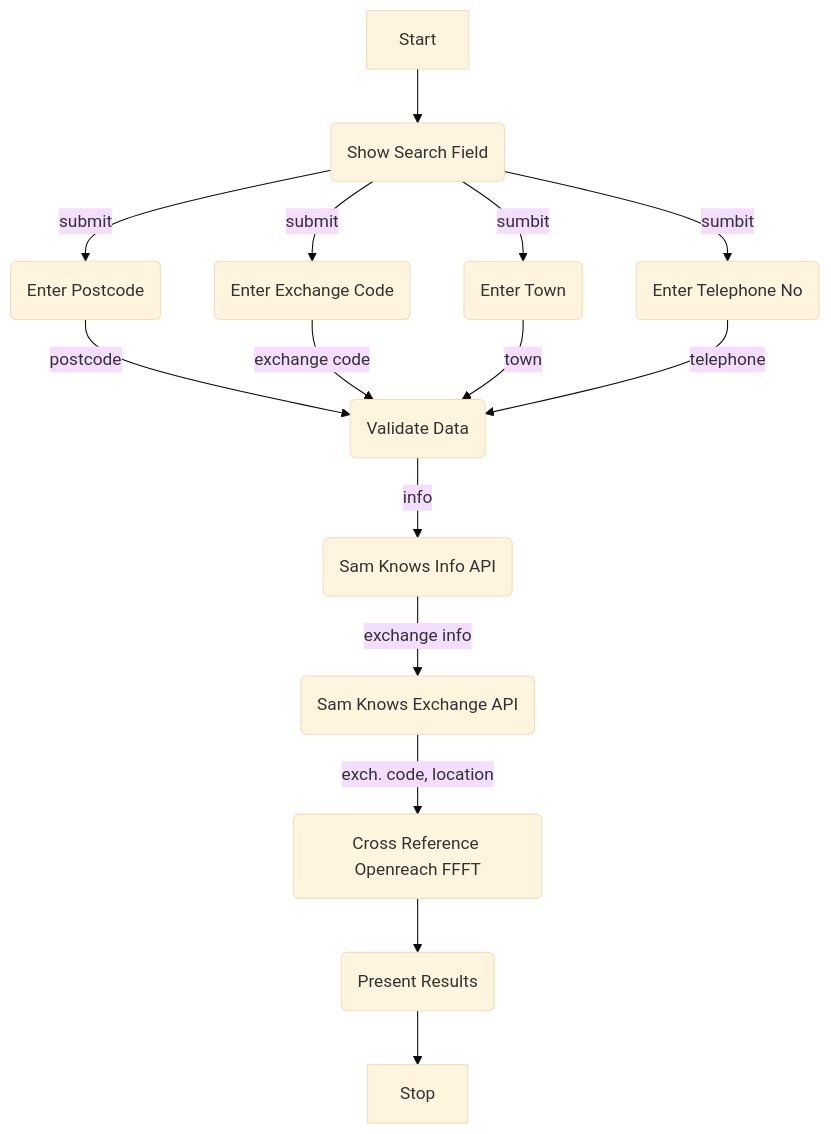
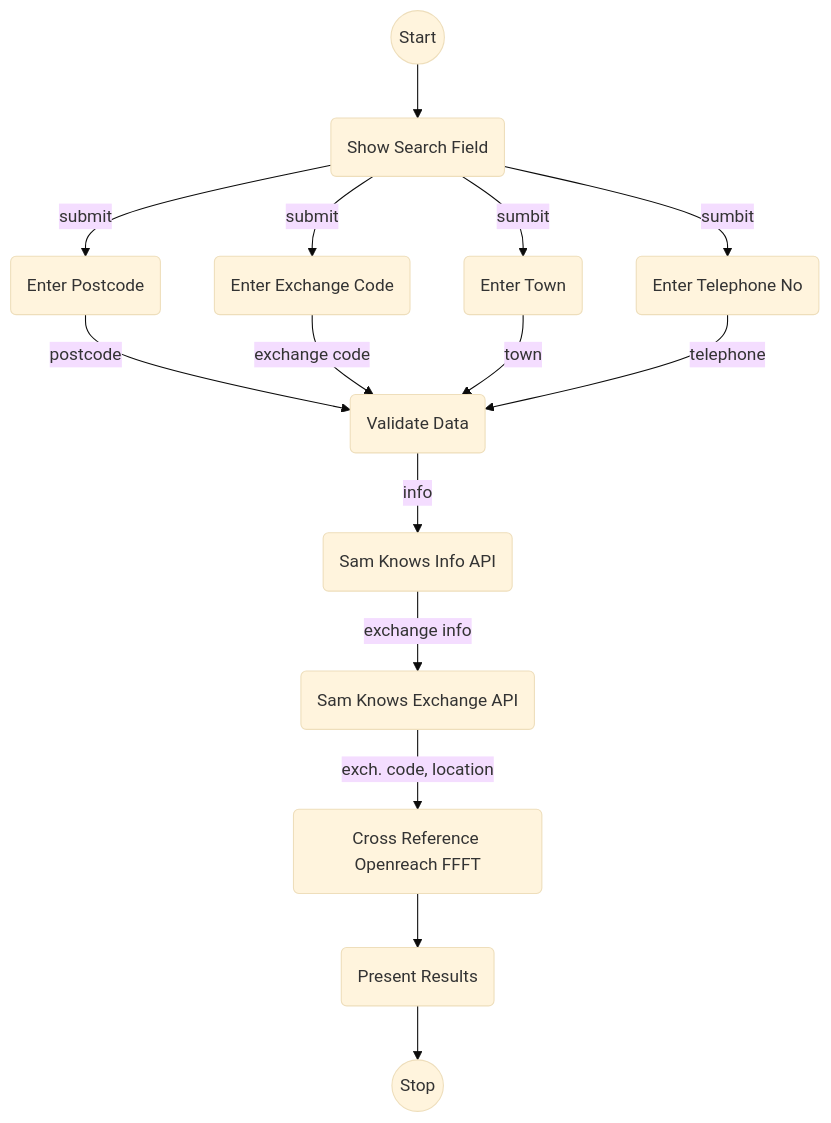
The diagram in flask/app/docs/high-level_flow.md (2deviate/pangea-docker), drawn with Mermaid (base theme) before and after one commit. The commit also changed 21 other files, not shown here.

````diff
--- a/flask/app/docs/high-level_flow.md
+++ b/flask/app/docs/high-level_flow.md
@@ -3,40 +3,42 @@
 ```mermaid    
     flowchart TB
         A(Show Search Field)
         B(Enter Postcode)
         C(Enter Exchange Code)
         D(Enter Town)
         E(Enter Telephone No)
         F(Validate Data)
         G(Sam Knows Info API)
         H(Sam Knows Exchange API)        
         I(Cross Reference Openreach FFFT)
         J(Present Results)
+        X((Start))
+        Y((Stop))
         
-        Start --> A        
+        X --> A        
         A --> |submit|B
         A --> |submit|C
         A --> |sumbit|D
         A --> |sumbit|E
 
         B --> |postcode|F
         C --> |exchange code|F
         D --> |town|F
         E --> |telephone|F
 
         F --> |info|G        
         G --> |exchange info|H
         H --> |exch. code, location|I
         
         I --> J
-        J --> Stop
+        J --> Y
         
 
         
 
 
         
 
         
         
 ```     
````
